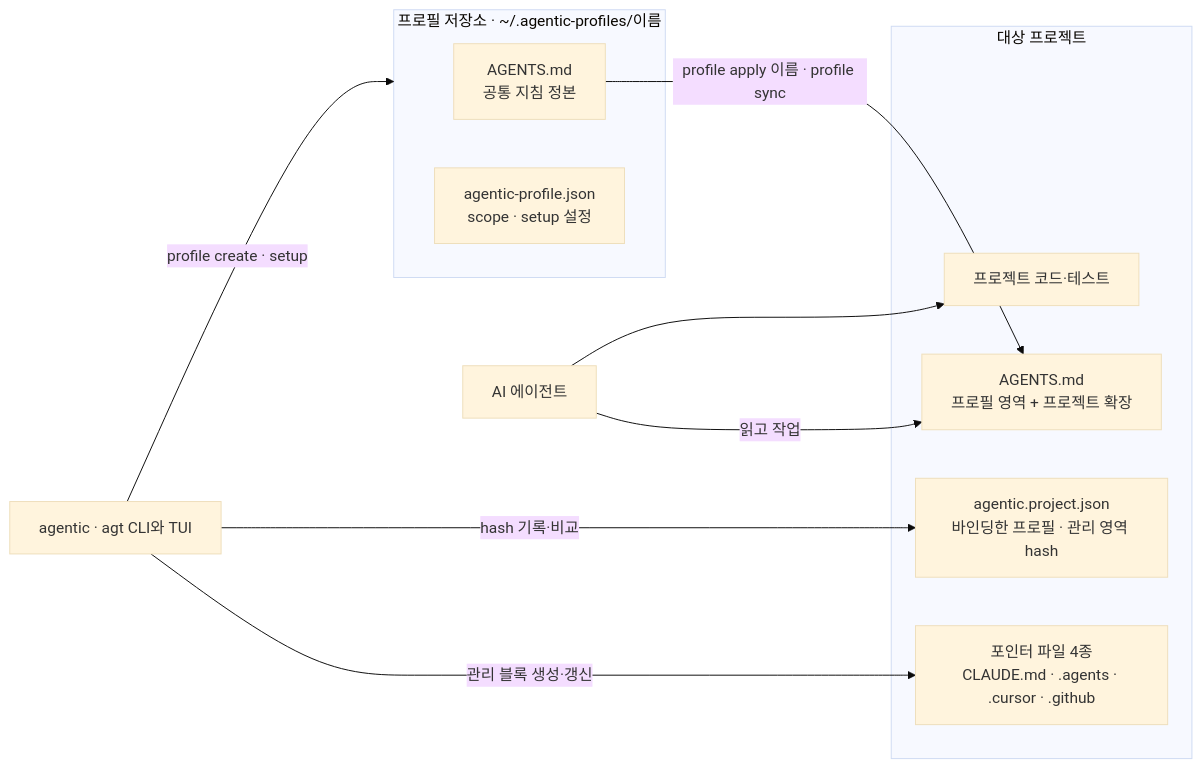
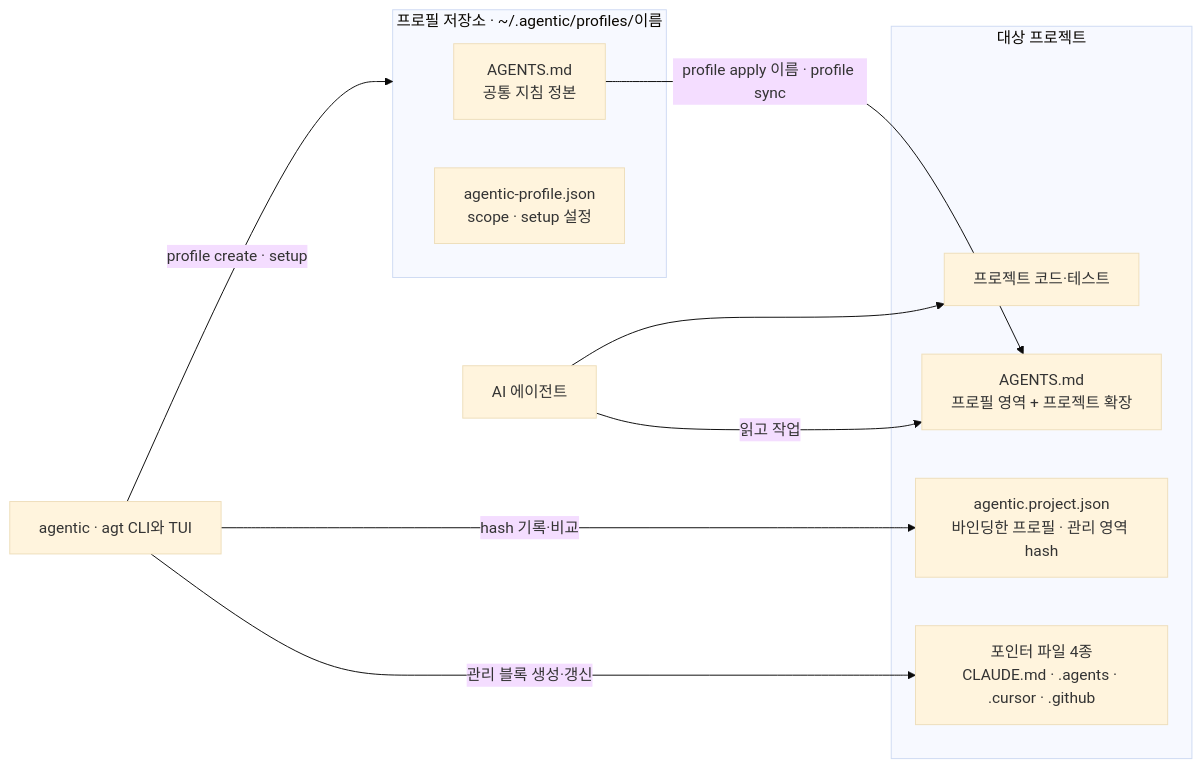
The diagram in docs/architecture/README.md (IsthisLee/agent-context-manager), drawn with Mermaid (base theme) before and after one commit. The commit also changed other lines of this file and 15 other files, not shown here.

First line of the commit message:
feat!: 프로필 저장소를 ~/.agentic/ 아래로 이전

````diff
--- a/docs/architecture/README.md
+++ b/docs/architecture/README.md
@@ -12,19 +12,19 @@
 ```mermaid
 flowchart LR
-  subgraph HOME["프로필 저장소 · ~/.agentic-profiles/이름"]
+  subgraph HOME["프로필 저장소 · ~/.agentic/profiles/이름"]
     PAGENTS["AGENTS.md<br/>공통 지침 정본"]
     PMETA["agentic-profile.json<br/>scope · setup 설정"]
   end
   subgraph PROJECT["대상 프로젝트"]
     JAGENTS["AGENTS.md<br/>프로필 영역 + 프로젝트 확장"]
     JCONFIG["agentic.project.json<br/>바인딩한 프로필 · 관리 영역 hash"]
     JPOINTER["포인터 파일 4종<br/>CLAUDE.md · .agents · .cursor · .github"]
     CODE["프로젝트 코드·테스트"]
   end
   CLI["agentic · agt CLI와 TUI"] -->|"profile create · setup"| HOME
   PAGENTS -->|"profile apply 이름 · profile sync"| JAGENTS
   CLI -->|"관리 블록 생성·갱신"| JPOINTER
   CLI -->|"hash 기록·비교"| JCONFIG
   AGENT["AI 에이전트"] -->|"읽고 작업"| JAGENTS
   AGENT --> CODE
 ```
````
